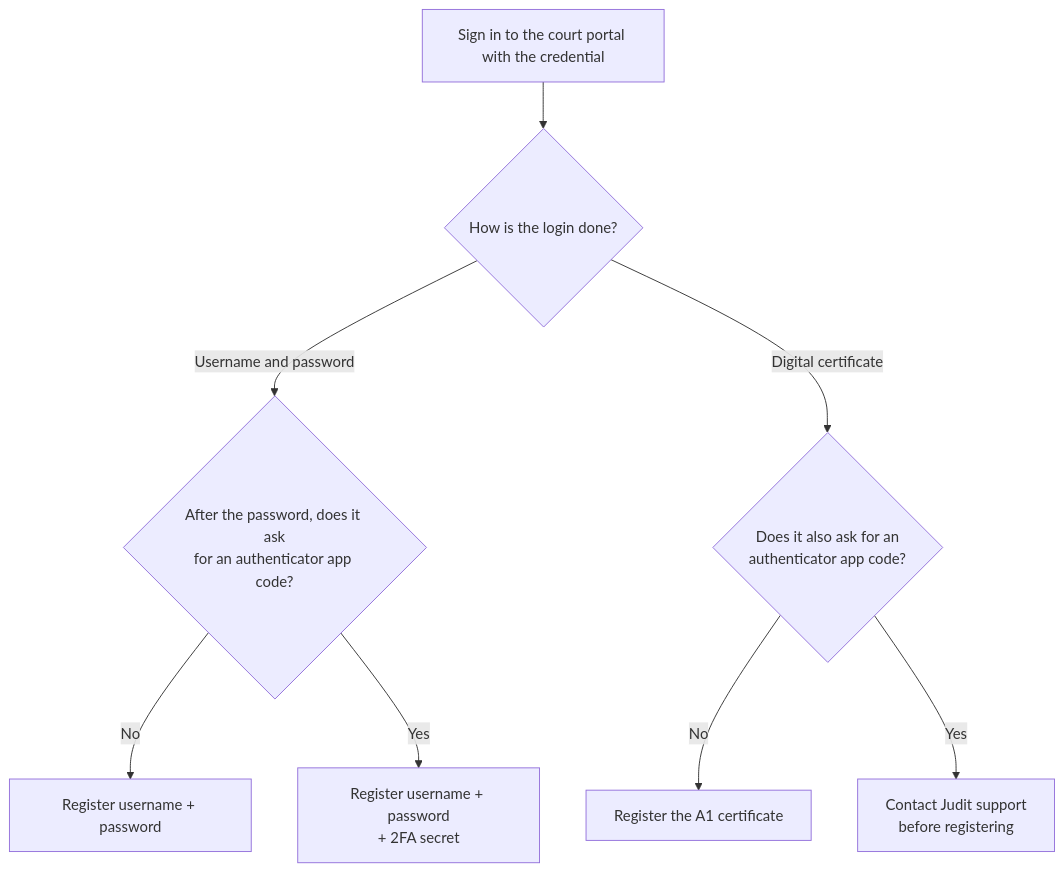
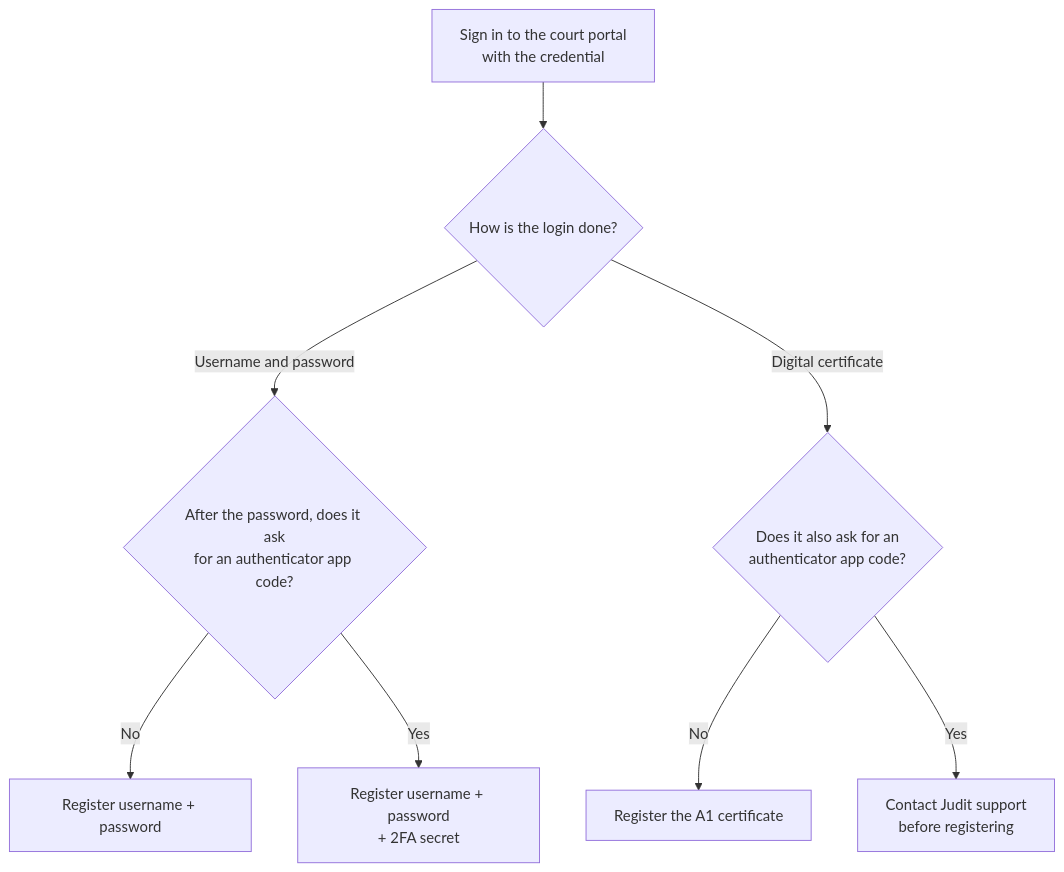
The first of 4 diagrams in en/essentials/cofre-de-credenciais.mdx (abdallaJUDIT/docs), drawn with Mermaid before and after one commit. The commit also changed other lines of this file and 1 other file, not shown here.

````diff
--- a/en/essentials/cofre-de-credenciais.mdx
+++ b/en/essentials/cofre-de-credenciais.mdx
@@ -116,10 +116,10 @@
 ```mermaid
 flowchart TD
-    A[Sign in to the court portal with the credential] --> B{How is the login done?}
+    A[Sign in to the court portal<br/>with the credential] --> B{How is the login done?}
     B -->|Username and password| C{After the password, does it ask<br/>for an authenticator app code?}
     C -->|No| P1[Register username + password]
     C -->|Yes| P2[Register username + password<br/>+ 2FA secret]
     B -->|Digital certificate| D{Does it also ask for an<br/>authenticator app code?}
     D -->|No| P3[Register the A1 certificate]
     D -->|Yes| P4[Contact Judit support<br/>before registering]
 ```
````
